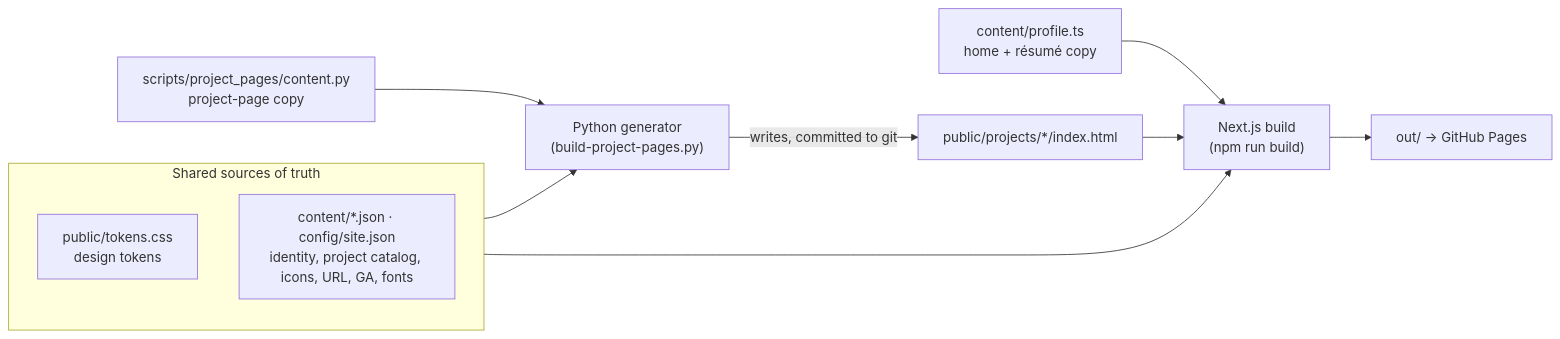
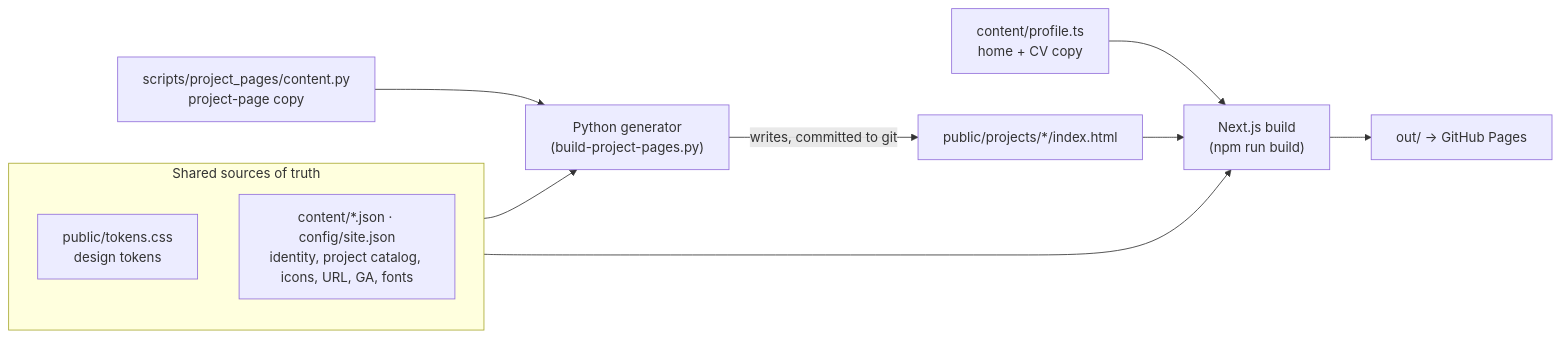
The first of 2 diagrams in docs/architecture.md (CooperDenny/CooperDenny.github.io), drawn with Mermaid before and after one commit. The commit also changed other lines of this file and 8 other files, not shown here.

````diff
--- a/docs/architecture.md
+++ b/docs/architecture.md
@@ -21,14 +21,14 @@
 ```mermaid
 flowchart LR
   subgraph shared["Shared sources of truth"]
     T["public/tokens.css<br/>design tokens"]
     J["content/*.json · config/site.json<br/>identity, project catalog, icons, URL, GA, fonts"]
   end
-  P["content/profile.ts<br/>home + résumé copy"] --> N["Next.js build<br/>(npm run build)"]
+  P["content/profile.ts<br/>home + CV copy"] --> N["Next.js build<br/>(npm run build)"]
   C["scripts/project_pages/content.py<br/>project-page copy"] --> G["Python generator<br/>(build-project-pages.py)"]
   shared --> N
   shared --> G
   G -->|"writes, committed to git"| PP["public/projects/*/index.html"]
   PP --> N
   N --> O["out/ → GitHub Pages"]
 ```
````
